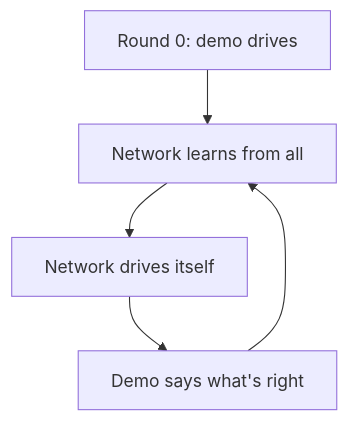
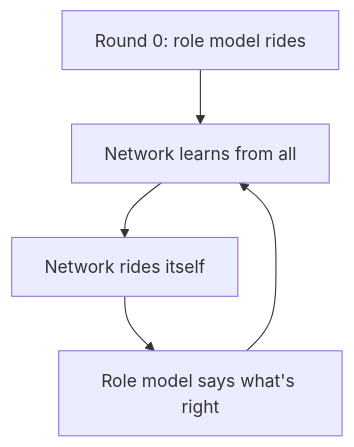
Before and after one commit to ChristianHohlfeld/kernengine.de: the first of 4 diagrams in kern/docs/book-yellow/A-neural-networks.md, drawn with Mermaid. The commit also changed other lines of this file and 22 other files, not shown here.

````diff
--- a/kern/docs/book-yellow/A-neural-networks.md
+++ b/kern/docs/book-yellow/A-neural-networks.md
@@ -266,7 +348,9 @@
 ```mermaid
+%% Caption: DAgger: network rides, role model corrects
 flowchart TD
-  A["Round 0: demo drives"] --> F["Network learns from all"]
-  F --> R["Network drives itself"]
-  R --> L["Demo says what's right"]
+  A["Round 0: role model rides"]
+  A --> F["Network learns from all"]
+  F --> R["Network rides itself"]
+  R --> L["Role model says what's right"]
   L --> F
 ```
````
